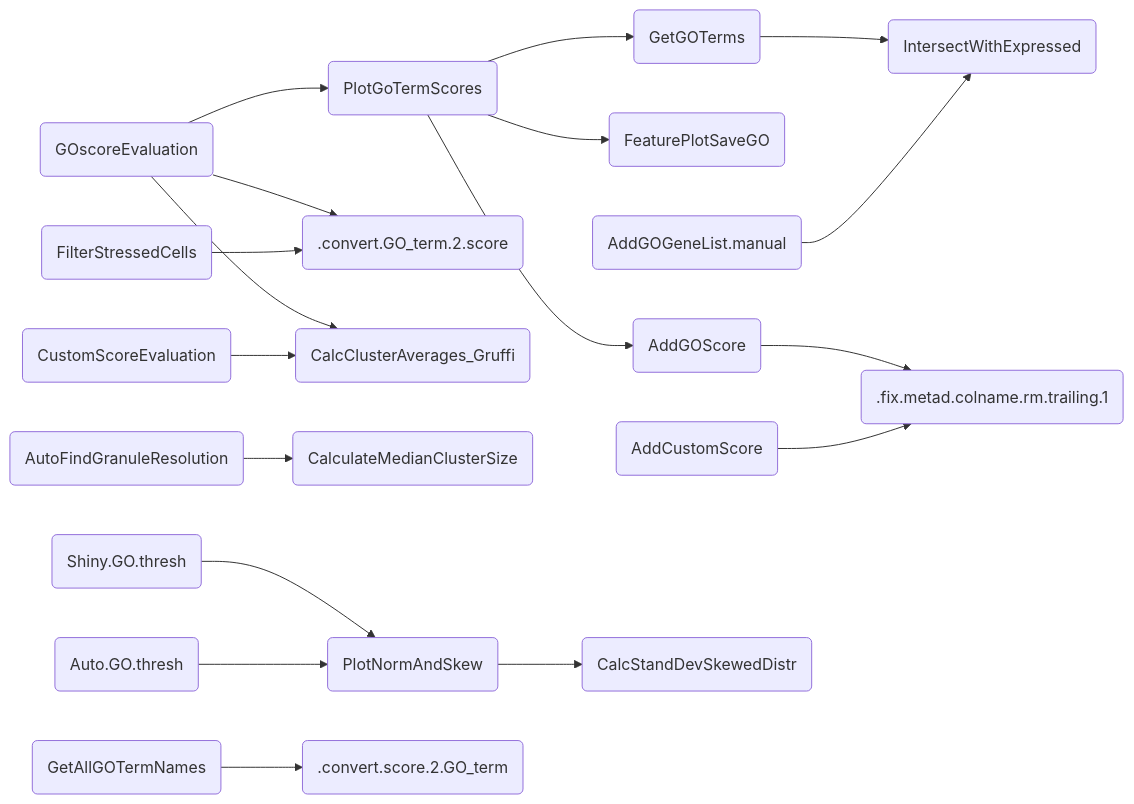
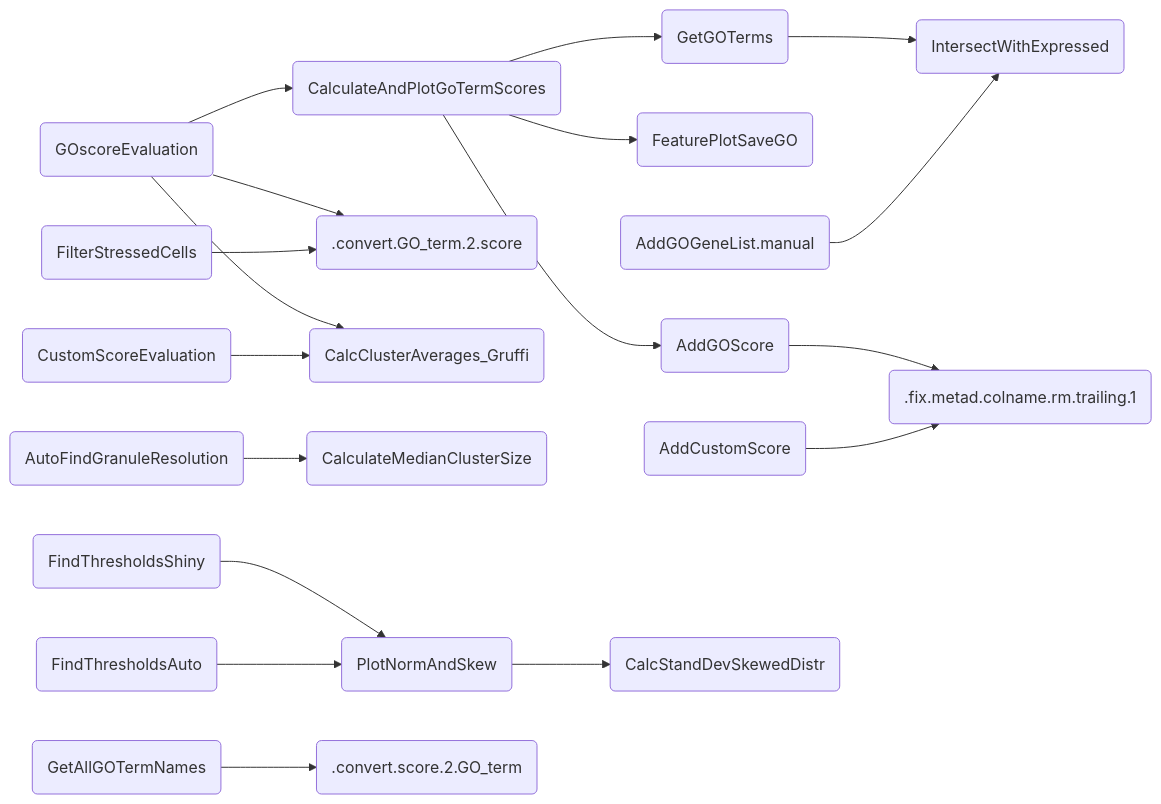
One commit to jn-goe/gruffi changed the diagram in Functions.md. Above: the diagram before and after it, drawn with Mermaid. The commit also changed other lines of this file and 10 other files, not shown here.

````diff
--- a/Functions.md
+++ b/Functions.md
@@ -5,24 +5,24 @@
 ```mermaid
 flowchart LR
 
   GetGOTerms(GetGOTerms) --> IntersectWithExpressed(IntersectWithExpressed)
-  PlotGoTermScores(PlotGoTermScores) --> FeaturePlotSaveGO(FeaturePlotSaveGO)
-  PlotGoTermScores(PlotGoTermScores) --> GetGOTerms(GetGOTerms)
-  PlotGoTermScores(PlotGoTermScores) --> AddGOScore(AddGOScore)
-  GOscoreEvaluation(GOscoreEvaluation) --> PlotGoTermScores(PlotGoTermScores)
+  CalculateAndPlotGoTermScores(CalculateAndPlotGoTermScores) --> FeaturePlotSaveGO(FeaturePlotSaveGO)
+  CalculateAndPlotGoTermScores(CalculateAndPlotGoTermScores) --> GetGOTerms(GetGOTerms)
+  CalculateAndPlotGoTermScores(CalculateAndPlotGoTermScores) --> AddGOScore(AddGOScore)
+  GOscoreEvaluation(GOscoreEvaluation) --> CalculateAndPlotGoTermScores(CalculateAndPlotGoTermScores)
   GOscoreEvaluation(GOscoreEvaluation) --> .convert.GO_term.2.score(.convert.GO_term.2.score)
   GOscoreEvaluation(GOscoreEvaluation) -->   CalcClusterAverages_Gruffi(CalcClusterAverages_Gruffi)
   FilterStressedCells(FilterStressedCells) --> .convert.GO_term.2.score(.convert.GO_term.2.score)
   CustomScoreEvaluation(CustomScoreEvaluation) --> CalcClusterAverages_Gruffi(CalcClusterAverages_Gruffi)
   AutoFindGranuleResolution(AutoFindGranuleResolution) --> CalculateMedianClusterSize(CalculateMedianClusterSize)
   AddGOScore(AddGOScore) --> .fix.metad.colname.rm.trailing.1(.fix.metad.colname.rm.trailing.1)
   AddGOGeneList.manual(AddGOGeneList.manual) --> IntersectWithExpressed(IntersectWithExpressed)
   AddCustomScore(AddCustomScore) --> .fix.metad.colname.rm.trailing.1(.fix.metad.colname.rm.trailing.1)
 
-  Shiny.GO.thresh(Shiny.GO.thresh) --> PlotNormAndSkew(PlotNormAndSkew)
-  Auto.GO.thresh(Auto.GO.thresh) --> PlotNormAndSkew(PlotNormAndSkew)
+  FindThresholdsShiny(FindThresholdsShiny) --> PlotNormAndSkew(PlotNormAndSkew)
+  FindThresholdsAuto(FindThresholdsAuto) --> PlotNormAndSkew(PlotNormAndSkew)
   PlotNormAndSkew(PlotNormAndSkew) --> CalcStandDevSkewedDistr(CalcStandDevSkewedDistr)
 
   GetAllGOTermNames(GetAllGOTermNames) --> .convert.score.2.GO_term(.convert.score.2.GO_term)
 
 ```
````
